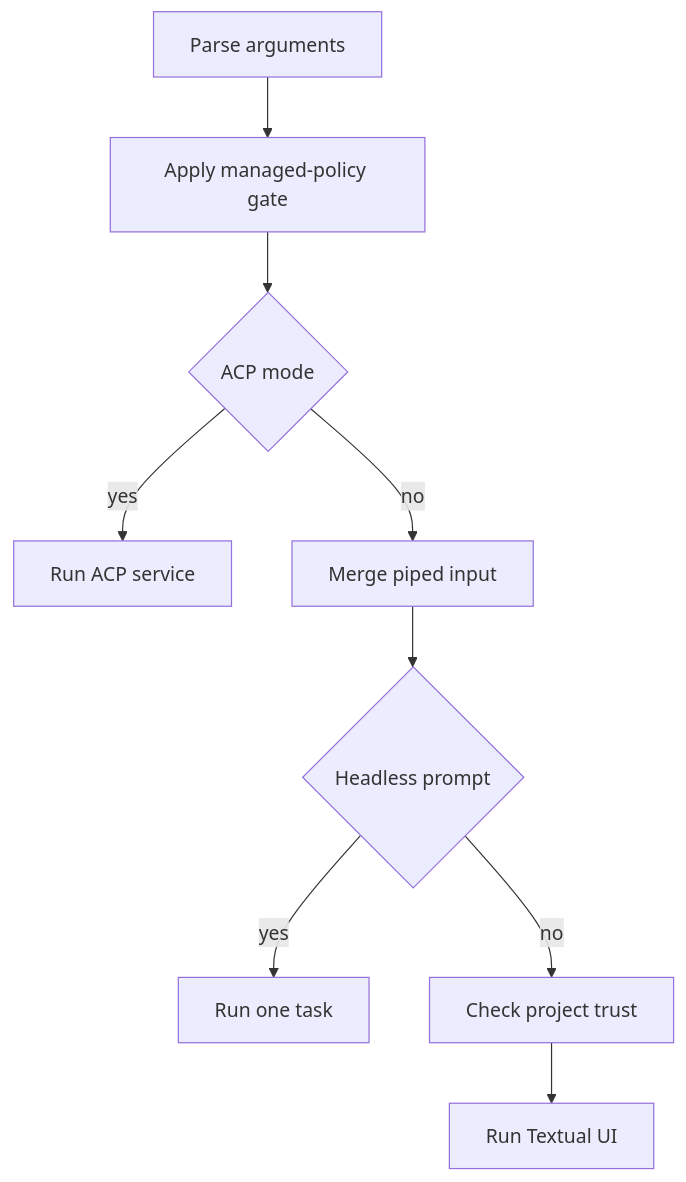
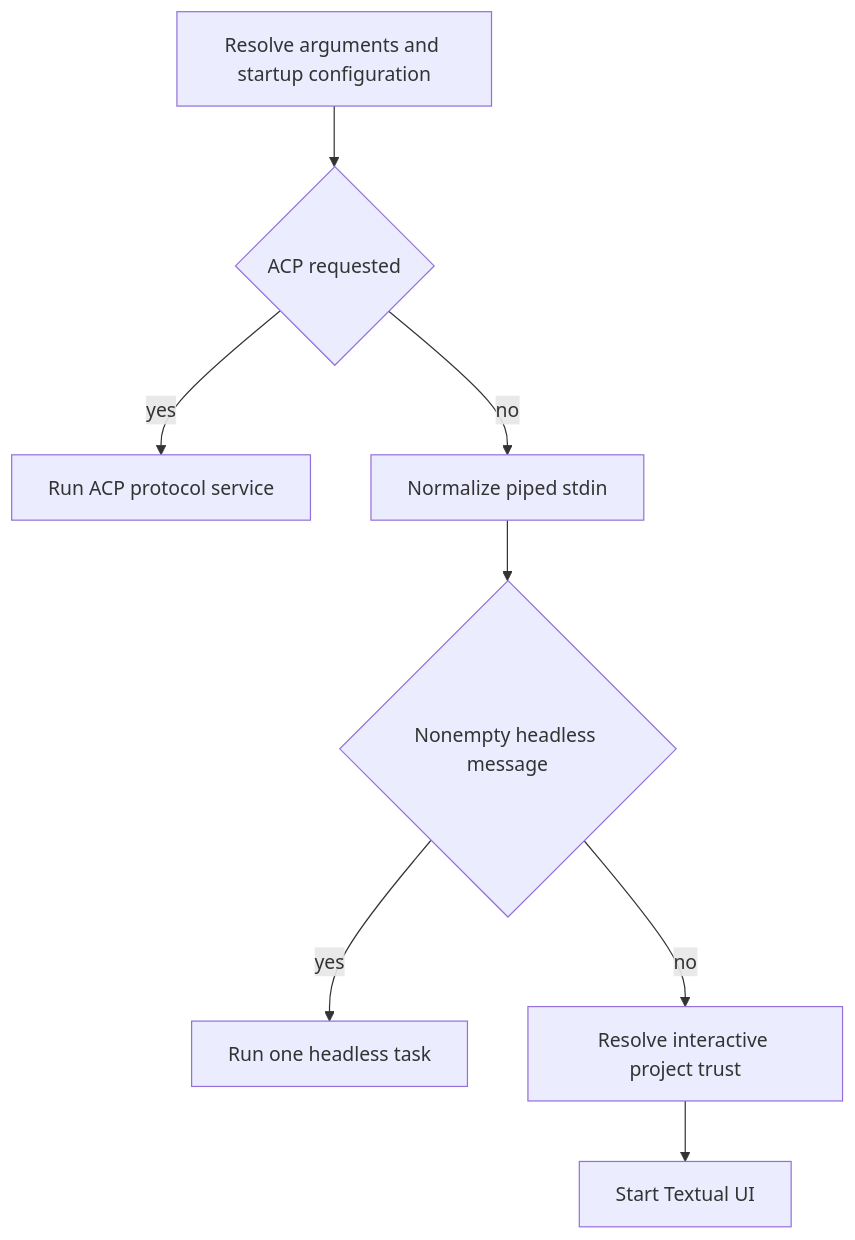
The first of 3 diagrams in openwiki/workflows/run-dcode-session.md (langchain-ai/deepagents), drawn with Mermaid before and after one commit. The commit also changed other lines of this file and 69 other files, not shown here.

````diff
--- a/openwiki/workflows/run-dcode-session.md
+++ b/openwiki/workflows/run-dcode-session.md
@@ -93,11 +77,10 @@
 ```mermaid
 flowchart TD
-    Args["Parse arguments"] --> Gate["Apply managed-policy gate"]
-    Gate --> ACP{"ACP mode"}
-    ACP -->|yes| ACPServer["Run ACP service"]
-    ACP -->|no| Input["Merge piped input"]
-    Input --> Headless{"Headless prompt"}
-    Headless -->|yes| HeadlessRun["Run one task"]
-    Headless -->|no| Trust["Check project trust"]
-    Trust --> TUI["Run Textual UI"]
+    Args["Resolve arguments and startup configuration"] --> ACP{"ACP requested"}
+    ACP -->|yes| ACPService["Run ACP protocol service"]
+    ACP -->|no| Stdin["Normalize piped stdin"]
+    Stdin --> Task{"Nonempty headless message"}
+    Task -->|yes| Headless["Run one headless task"]
+    Task -->|no| Trust["Resolve interactive project trust"]
+    Trust --> TUI["Start Textual UI"]
 ```
````
